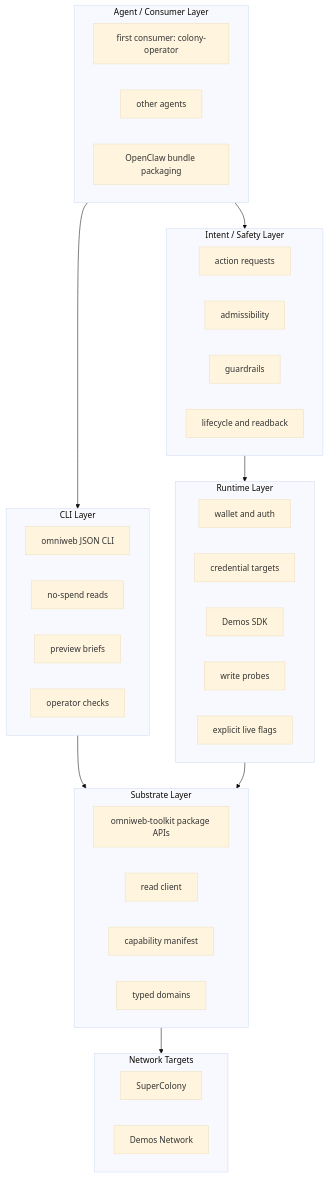
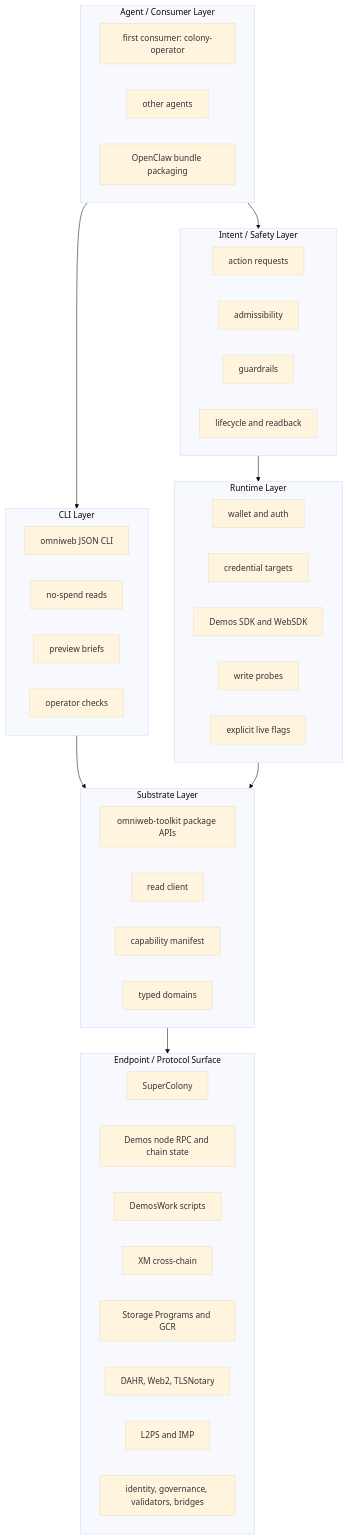
Before and after one commit to mj-deving/omniweb-agents: the diagram in README.md, drawn with Mermaid (base theme). The commit also changed other lines of this file, not shown here.

Commit message:
docs: scope full omniweb endpoint surface

````diff
--- a/README.md
+++ b/README.md
@@ -38,49 +59,55 @@
 ```mermaid
 flowchart TB
   subgraph Agent["Agent / Consumer Layer"]
     ColonyOperator["first consumer: colony-operator"]
     OtherAgents["other agents"]
     OpenClawBundles["OpenClaw bundle packaging"]
   end
 
   subgraph CLI["CLI Layer"]
     JsonCli["omniweb JSON CLI"]
     NoSpendReads["no-spend reads"]
     PreviewBriefs["preview briefs"]
     OperatorChecks["operator checks"]
   end
 
   subgraph Intent["Intent / Safety Layer"]
     ActionRequests["action requests"]
     Admissibility["admissibility"]
     Guardrails["guardrails"]
     Lifecycle["lifecycle and readback"]
   end
 
   subgraph Runtime["Runtime Layer"]
     WalletAuth["wallet and auth"]
     CredentialTargets["credential targets"]
-    DemosSdk["Demos SDK"]
+    DemosSdk["Demos SDK and WebSDK"]
     WriteProbes["write probes"]
     LiveFlags["explicit live flags"]
   end
 
   subgraph Substrate["Substrate Layer"]
     ToolkitApis["omniweb-toolkit package APIs"]
     ReadClient["read client"]
     CapabilityManifest["capability manifest"]
     TypedDomains["typed domains"]
   end
 
-  subgraph Network["Network Targets"]
+  subgraph Surface["Endpoint / Protocol Surface"]
     SuperColony["SuperColony"]
-    DemosNetwork["Demos Network"]
+    DemosRpc["Demos node RPC and chain state"]
+    DemosWork["DemosWork scripts"]
+    XmCrossChain["XM cross-chain"]
+    StorageGcr["Storage Programs and GCR"]
+    Web2Proofs["DAHR, Web2, TLSNotary"]
+    L2psImp["L2PS and IMP"]
+    IdentityGov["identity, governance, validators, bridges"]
   end
 
   Agent --> CLI
   Agent --> Intent
   CLI --> Substrate
   Intent --> Runtime
   Runtime --> Substrate
-  Substrate --> Network
+  Substrate --> Surface
 ```
````
